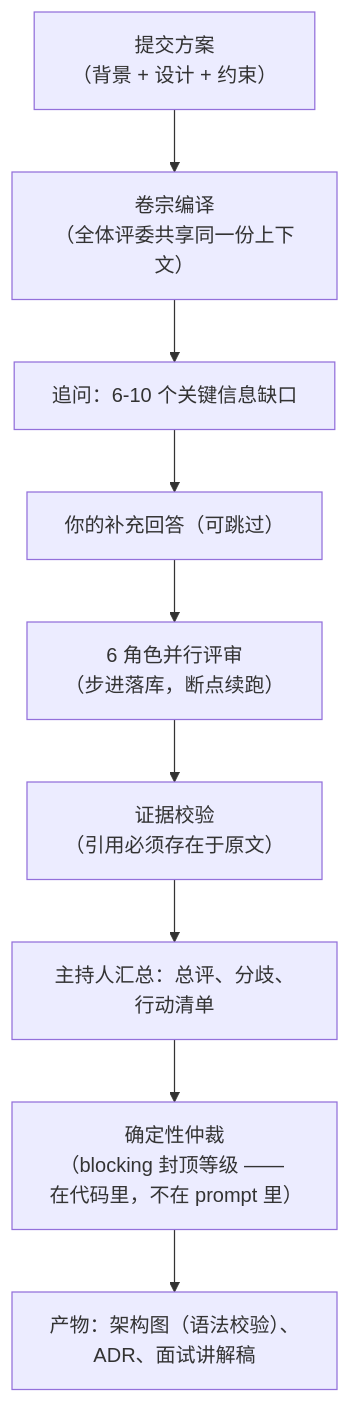
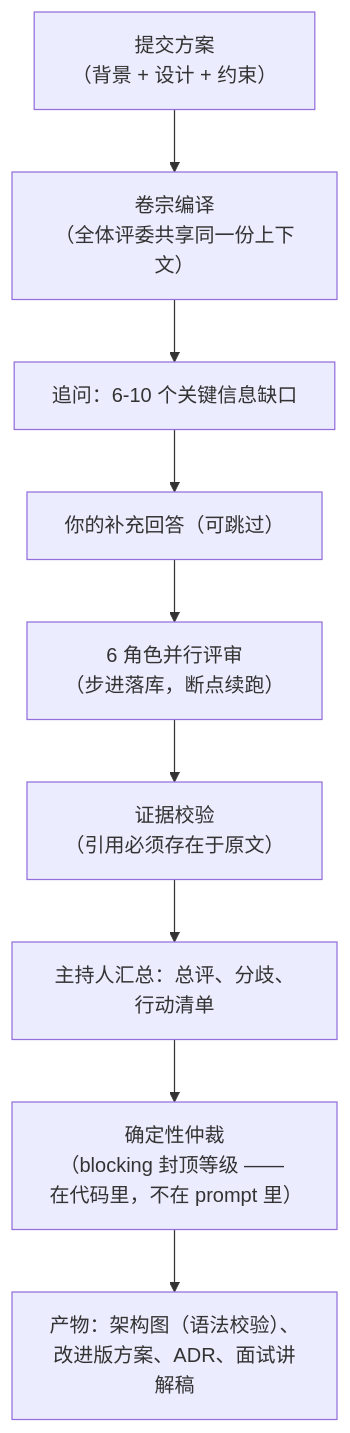
Before and after one commit to jindawn/archcoach: the diagram in README.zh-CN.md, drawn with Mermaid. The commit also changed other lines of this file and 8 other files, not shown here.

Commit message:
feat: generate improved architecture solutions

````diff
--- a/README.zh-CN.md
+++ b/README.zh-CN.md
@@ -60,11 +60,11 @@
 ```mermaid
 flowchart TB
     A["提交方案<br/>（背景 + 设计 + 约束）"] --> B["卷宗编译<br/>（全体评委共享同一份上下文）"]
     B --> C["追问：6-10 个关键信息缺口"]
     C --> D["你的补充回答（可跳过）"]
     D --> E["6 角色并行评审<br/>（步进落库，断点续跑）"]
     E --> F["证据校验<br/>（引用必须存在于原文）"]
     F --> G["主持人汇总：总评、分歧、行动清单"]
     G --> H["确定性仲裁<br/>（blocking 封顶等级 —— 在代码里，不在 prompt 里）"]
-    H --> I["产物：架构图（语法校验）、ADR、面试讲解稿"]
+    H --> I["产物：架构图（语法校验）、改进版方案、ADR、面试讲解稿"]
 ```
````
